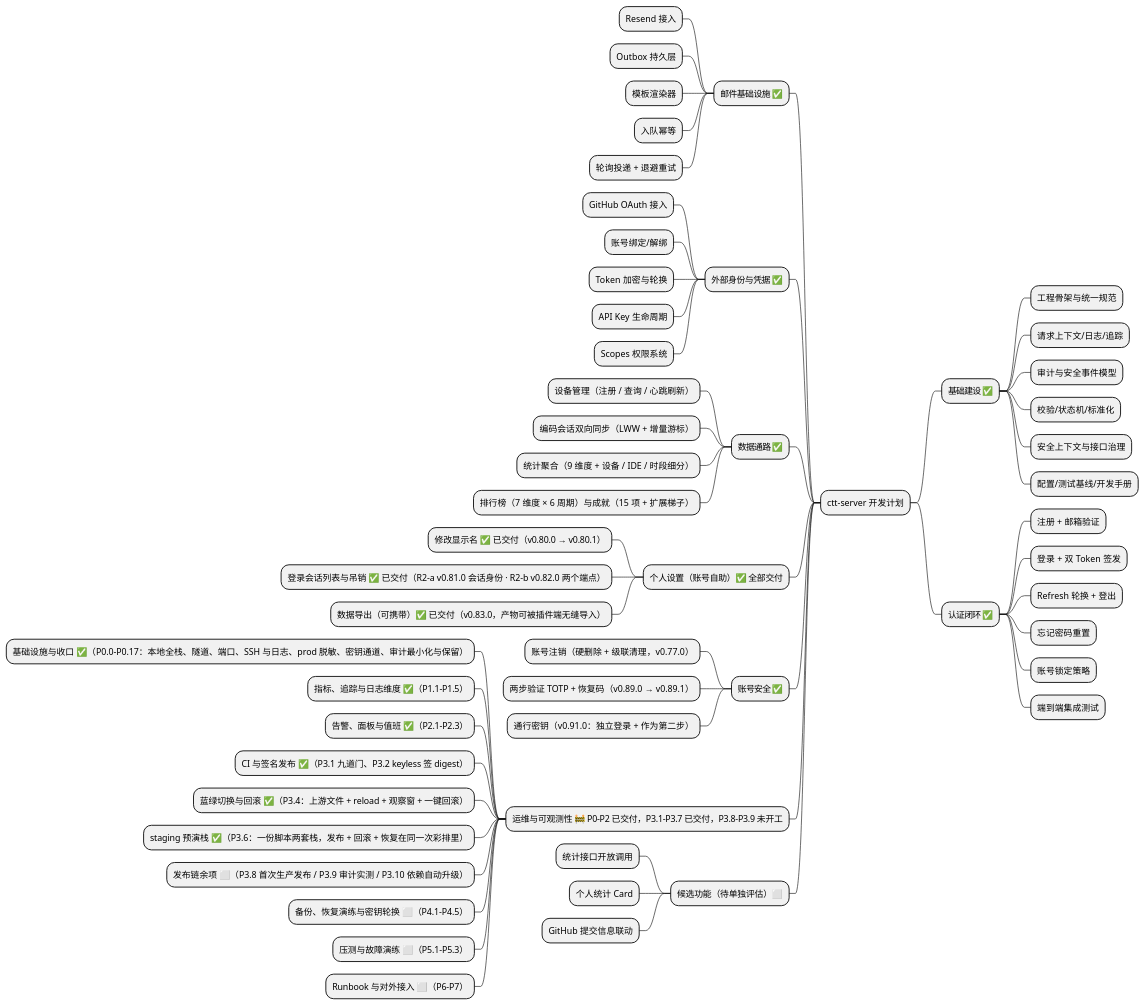
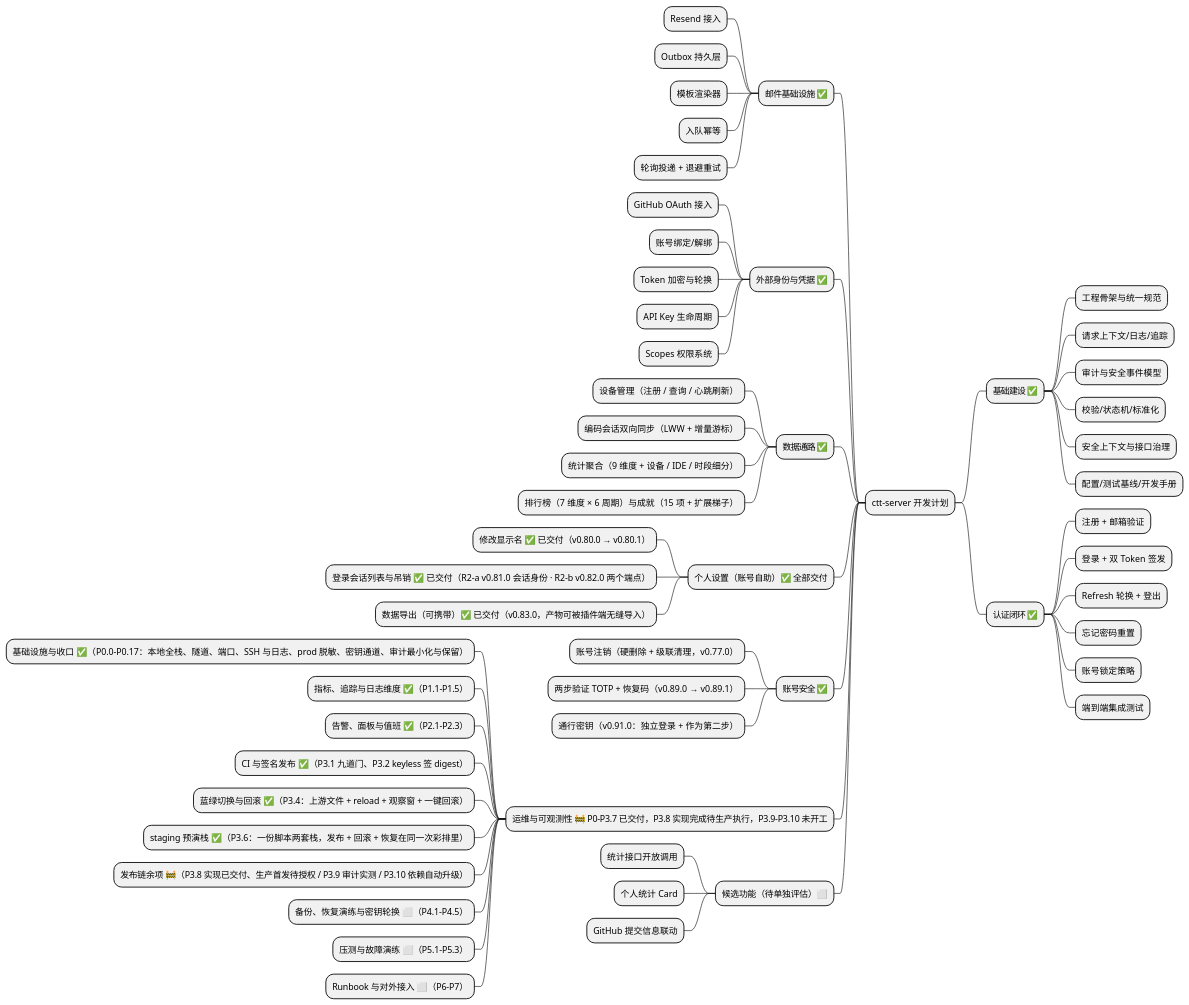
Before and after one commit to AhogeK/ctt-server: the first of 9 diagrams in .plans/ctt-server-development-plan.md, drawn with PlantUML. The commit also changed other lines of this file and 4 other files, not shown here.

````diff
--- a/.plans/ctt-server-development-plan.md
+++ b/.plans/ctt-server-development-plan.md
@@ -34,61 +34,61 @@
 ```plantuml
 @startmindmap
 * ctt-server 开发计划
 ** 基础建设 ✅
 *** 工程骨架与统一规范
 *** 请求上下文/日志/追踪
 *** 审计与安全事件模型
 *** 校验/状态机/标准化
 *** 安全上下文与接口治理
 *** 配置/测试基线/开发手册
 ** 认证闭环 ✅
 *** 注册 + 邮箱验证
 *** 登录 + 双 Token 签发
 *** Refresh 轮换 + 登出
 *** 忘记密码重置
 *** 账号锁定策略
 *** 端到端集成测试
 
 left side
 ** 邮件基础设施 ✅
 *** Resend 接入
 *** Outbox 持久层
 *** 模板渲染器
 *** 入队幂等
 *** 轮询投递 + 退避重试
 ** 外部身份与凭据 ✅
 *** GitHub OAuth 接入
 *** 账号绑定/解绑
 *** Token 加密与轮换
 *** API Key 生命周期
 *** Scopes 权限系统
 ** 数据通路 ✅
 *** 设备管理（注册 / 查询 / 心跳刷新）
 *** 编码会话双向同步（LWW + 增量游标）
 *** 统计聚合（9 维度 + 设备 / IDE / 时段细分）
 *** 排行榜（7 维度 × 6 周期）与成就（15 项 + 扩展梯子）
 ** 个人设置（账号自助）✅ 全部交付
 *** 修改显示名 ✅ 已交付（v0.80.0 → v0.80.1）
 *** 登录会话列表与吊销 ✅ 已交付（R2-a v0.81.0 会话身份 · R2-b v0.82.0 两个端点）
 *** 数据导出（可携带）✅ 已交付（v0.83.0，产物可被插件端无缝导入）
 ** 账号安全 ✅
 *** 账号注销（硬删除 + 级联清理，v0.77.0）
 *** 两步验证 TOTP + 恢复码（v0.89.0 → v0.89.1）
 *** 通行密钥（v0.91.0：独立登录 + 作为第二步）
-** 运维与可观测性 🚧 P0–P2 已交付，P3.1–P3.7 已交付，P3.8–P3.9 未开工
+** 运维与可观测性 🚧 P0–P3.7 已交付，P3.8 实现完成待生产执行，P3.9–P3.10 未开工
 *** 基础设施与收口 ✅（P0.0–P0.17：本地全栈、隧道、端口、SSH 与日志、prod 脱敏、密钥通道、审计最小化与保留）
 *** 指标、追踪与日志维度 ✅（P1.1–P1.5）
 *** 告警、面板与值班 ✅（P2.1–P2.3）
 *** CI 与签名发布 ✅（P3.1 九道门、P3.2 keyless 签 digest）
 *** 蓝绿切换与回滚 ✅（P3.4：上游文件 + reload + 观察窗 + 一键回滚）
 *** staging 预演栈 ✅（P3.6：一份脚本两套栈，发布 + 回滚 + 恢复在同一次彩排里）
-*** 发布链余项 ⬜（P3.8 首次生产发布 / P3.9 审计实测 / P3.10 依赖自动升级）
+*** 发布链余项 🚧（P3.8 实现已交付、生产首发待授权 / P3.9 审计实测 / P3.10 依赖自动升级）
 *** 备份、恢复演练与密钥轮换 ⬜（P4.1–P4.5）
 *** 压测与故障演练 ⬜（P5.1–P5.3）
 *** Runbook 与对外接入 ⬜（P6–P7）
 ** 候选功能（待单独评估）⬜
 *** 统计接口开放调用
 *** 个人统计 Card
 *** GitHub 提交信息联动
 @endmindmap
 ```
````
